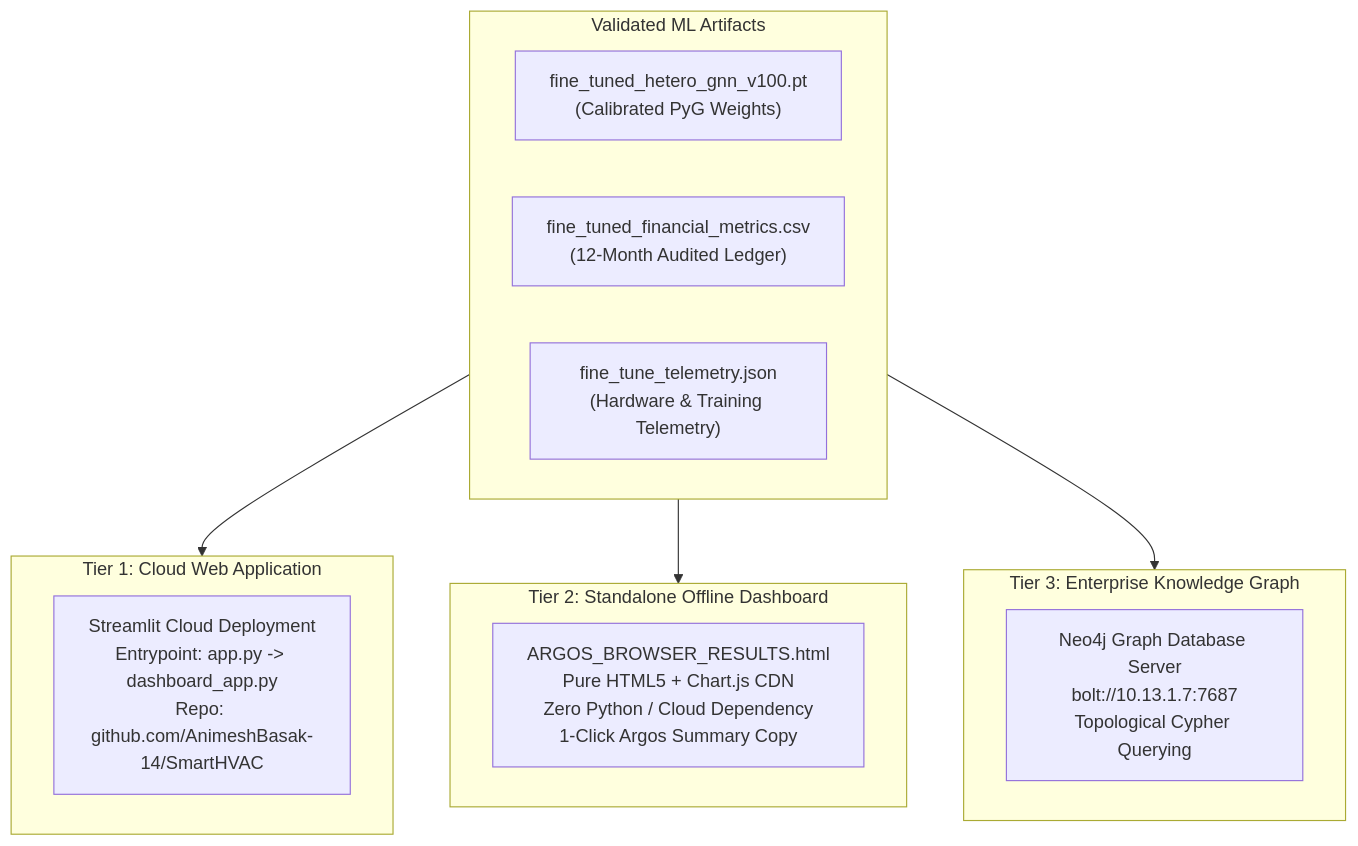
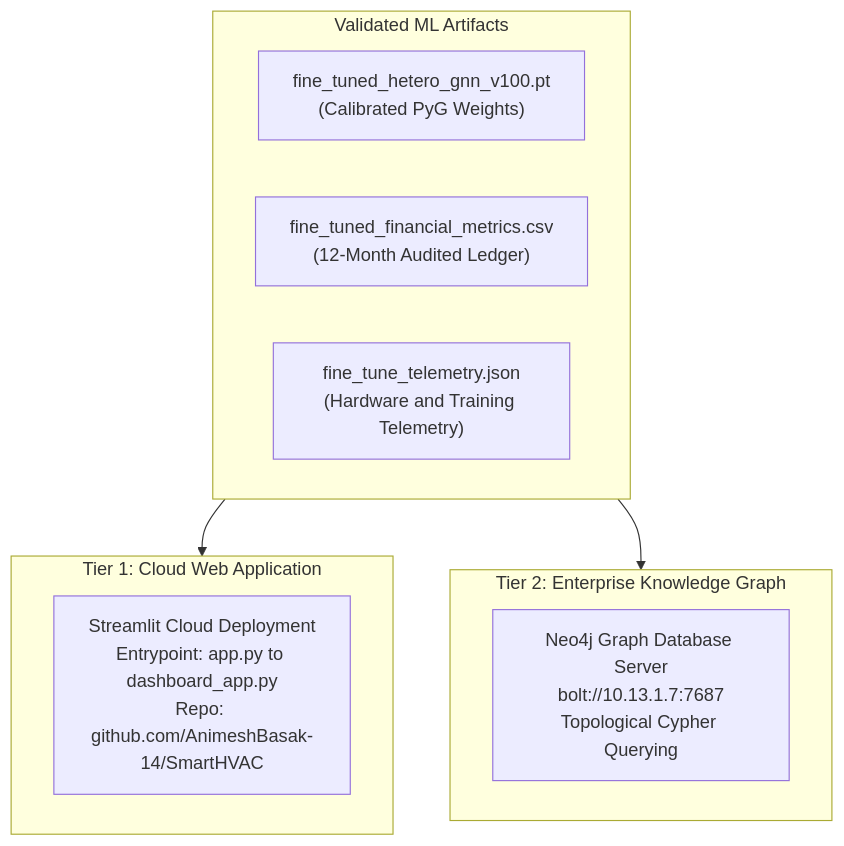
One commit to AnimeshBasak-14/SmartHVAC changed the diagram in docs/ml_lifecycle/09_Model_Deployment.md. Above: the diagram before and after it, drawn with Mermaid. The commit also changed other lines of this file and 51 other files, not shown here.

````diff
--- a/docs/ml_lifecycle/09_Model_Deployment.md
+++ b/docs/ml_lifecycle/09_Model_Deployment.md
@@ -13,24 +13,19 @@
 ```mermaid
-graph TD
-    subgraph Core_Artifacts [Validated ML Artifacts]
+flowchart TD
+    subgraph Core_Artifacts["Validated ML Artifacts"]
         M1["fine_tuned_hetero_gnn_v100.pt<br>(Calibrated PyG Weights)"]
         M2["fine_tuned_financial_metrics.csv<br>(12-Month Audited Ledger)"]
-        M3["fine_tune_telemetry.json<br>(Hardware & Training Telemetry)"]
+        M3["fine_tune_telemetry.json<br>(Hardware and Training Telemetry)"]
     end
 
-    subgraph Tier1 [Tier 1: Cloud Web Application]
-        S1["Streamlit Cloud Deployment<br>Entrypoint: app.py -> dashboard_app.py<br>Repo: github.com/AnimeshBasak-14/SmartHVAC"]
+    subgraph Tier1["Tier 1: Cloud Web Application"]
+        S1["Streamlit Cloud Deployment<br>Entrypoint: app.py to dashboard_app.py<br>Repo: github.com/AnimeshBasak-14/SmartHVAC"]
     end
 
-    subgraph Tier2 [Tier 2: Standalone Offline Dashboard]
-        S2["ARGOS_BROWSER_RESULTS.html<br>Pure HTML5 + Chart.js CDN<br>Zero Python / Cloud Dependency<br>1-Click Argos Summary Copy"]
-    end
-
-    subgraph Tier3 [Tier 3: Enterprise Knowledge Graph]
+    subgraph Tier2["Tier 2: Enterprise Knowledge Graph"]
         S3["Neo4j Graph Database Server<br>bolt://10.13.1.7:7687<br>Topological Cypher Querying"]
     end
 
     Core_Artifacts --> Tier1
     Core_Artifacts --> Tier2
-    Core_Artifacts --> Tier3
 ```
````
